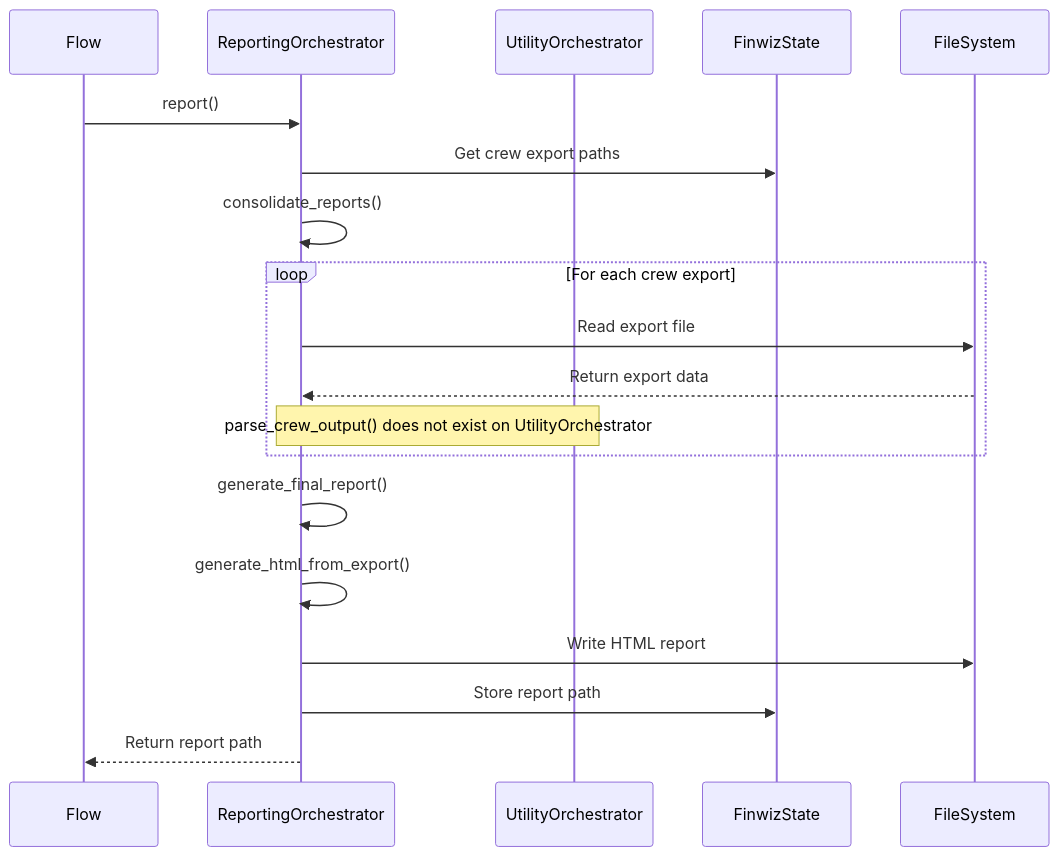
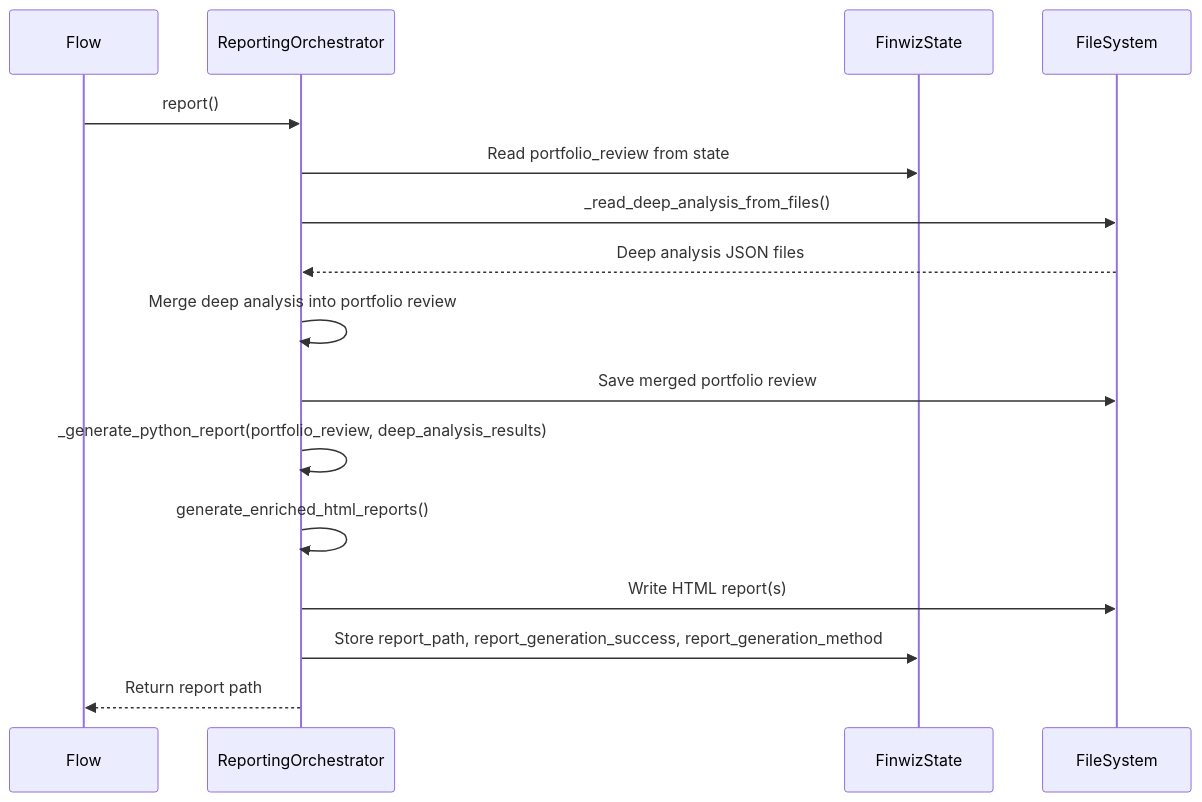
The sixth of 13 diagrams in docs/explanations/ORCHESTRATOR_INTERACTIONS.md (fjacquet/finwiz), drawn with Mermaid before and after one commit. The commit also changed other lines of this file, not shown here.

````diff
--- a/docs/explanations/ORCHESTRATOR_INTERACTIONS.md
+++ b/docs/explanations/ORCHESTRATOR_INTERACTIONS.md
@@ -193,26 +206,23 @@
 ```mermaid
 sequenceDiagram
     participant Flow
     participant Rep as ReportingOrchestrator
-    participant Util as UtilityOrchestrator
     participant State as FinwizState
     participant FS as FileSystem
 
     Flow->>Rep: report()
 
-    Rep->>State: Get crew export paths
-    Rep->>Rep: consolidate_reports()
+    Rep->>State: Read portfolio_review from state
+    Rep->>FS: _read_deep_analysis_from_files()
+    FS-->>Rep: Deep analysis JSON files
 
-    loop For each crew export
-        Rep->>FS: Read export file
-        FS-->>Rep: Return export data
-        Note over Rep,Util: parse_crew_output() does not exist on UtilityOrchestrator
-    end
+    Rep->>Rep: Merge deep analysis into portfolio review
+    Rep->>FS: Save merged portfolio review
 
-    Rep->>Rep: generate_final_report()
-    Rep->>Rep: generate_html_from_export()
+    Rep->>Rep: _generate_python_report(portfolio_review, deep_analysis_results)
+    Rep->>Rep: generate_enriched_html_reports()
 
-    Rep->>FS: Write HTML report
-    Rep->>State: Store report path
+    Rep->>FS: Write HTML report(s)
+    Rep->>State: Store report_path, report_generation_success, report_generation_method
     Rep-->>Flow: Return report path
 ```
````
